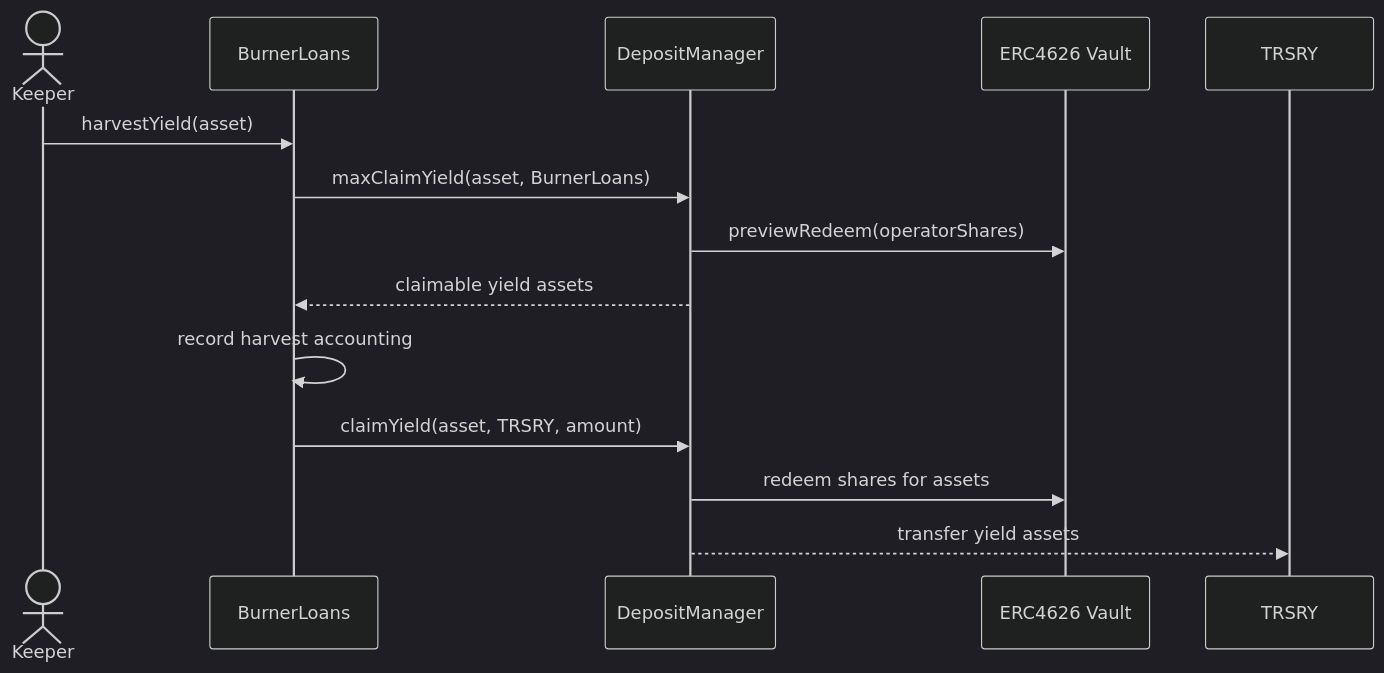
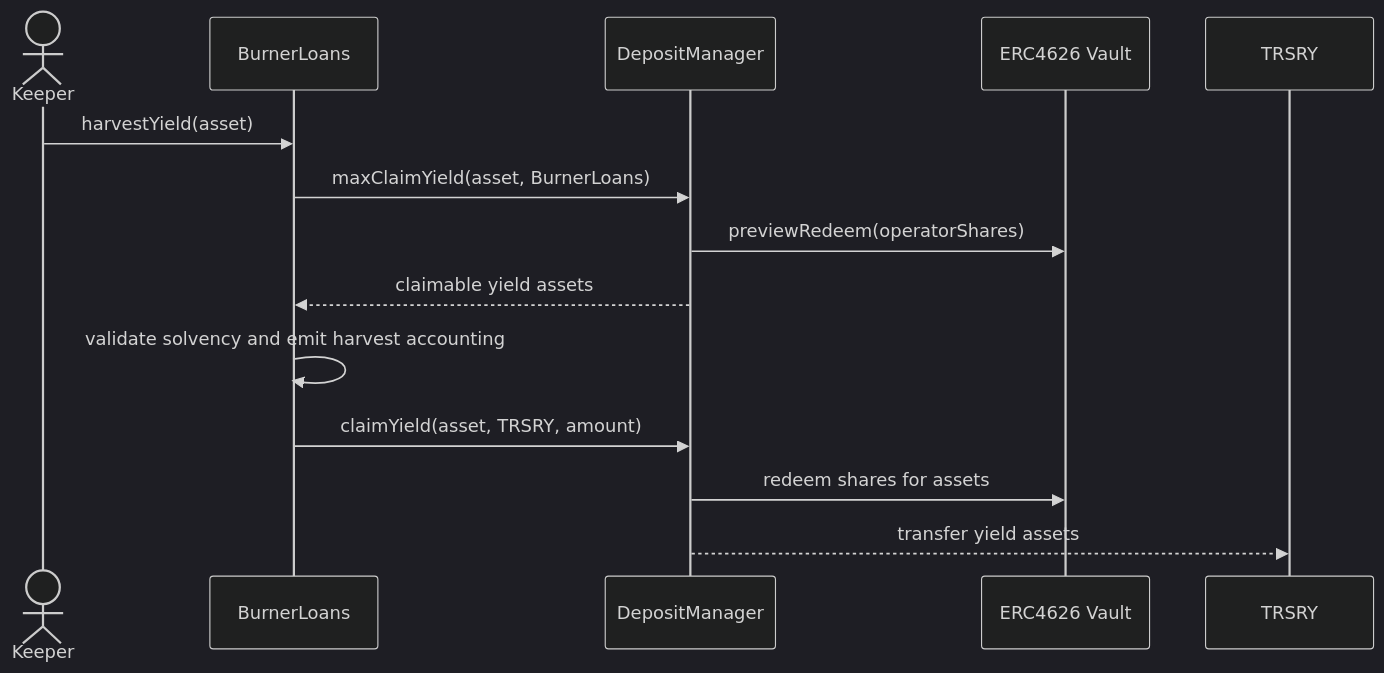
One commit to OlympusDAO/olympus-v3 changed the seventh of 7 diagrams in documentation/burner_loans.md. Above: the diagram before and after it, drawn with Mermaid (dark theme). The commit also changed other lines of this file and 40 other files, not shown here.

Commit message:
feat(burner-loans): add seizure execution and yield harvesting

````diff
--- a/documentation/burner_loans.md
+++ b/documentation/burner_loans.md
@@ -209,17 +209,17 @@
 ```mermaid
 sequenceDiagram
     actor Keeper
     participant BurnerLoans
     participant DepositManager
     participant Vault as ERC4626 Vault
     participant TRSRY
 
     Keeper->>BurnerLoans: harvestYield(asset)
     BurnerLoans->>DepositManager: maxClaimYield(asset, BurnerLoans)
     DepositManager->>Vault: previewRedeem(operatorShares)
     DepositManager-->>BurnerLoans: claimable yield assets
-    BurnerLoans->>BurnerLoans: record harvest accounting
+    BurnerLoans->>BurnerLoans: validate solvency and emit harvest accounting
     BurnerLoans->>DepositManager: claimYield(asset, TRSRY, amount)
     DepositManager->>Vault: redeem shares for assets
     DepositManager-->>TRSRY: transfer yield assets
 ```
````
